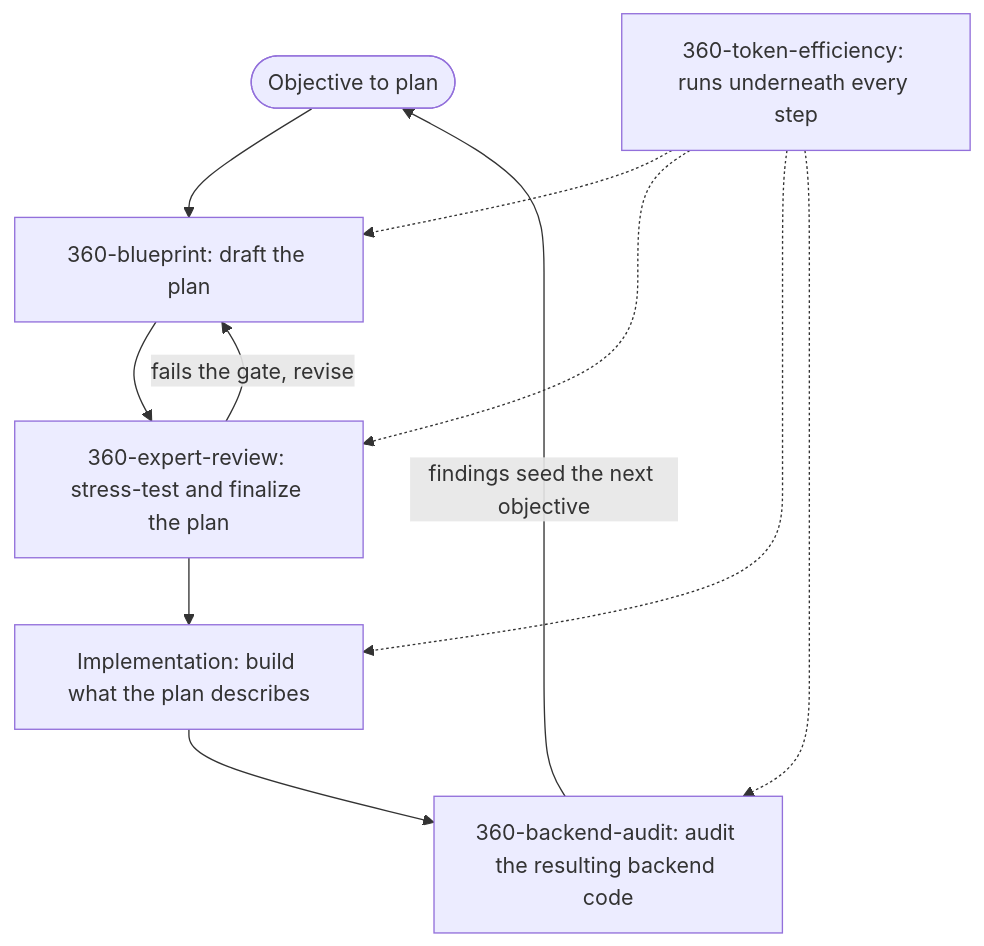
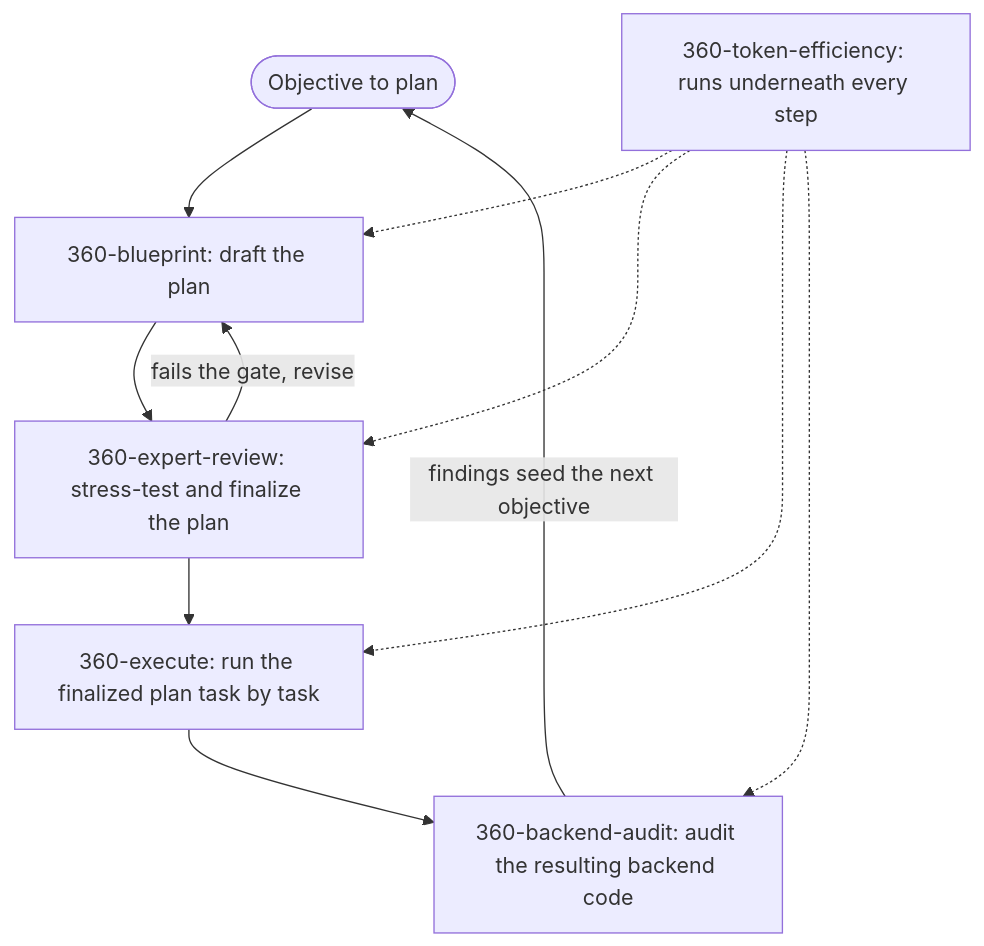
The diagram in README.md (shahabahreini/360-skills), drawn with Mermaid before and after one commit. The commit also changed other lines of this file and 4 other files, not shown here.

````diff
--- a/README.md
+++ b/README.md
@@ -36,14 +47,14 @@
 ```mermaid
 flowchart TD
     Objective([Objective to plan]) --> Blueprint["360-blueprint: draft the plan"]
     Blueprint --> Review["360-expert-review: stress-test and finalize the plan"]
     Review -->|fails the gate, revise| Blueprint
-    Review --> Build["Implementation: build what the plan describes"]
-    Build --> Audit["360-backend-audit: audit the resulting backend code"]
+    Review --> Execute["360-execute: run the finalized plan task by task"]
+    Execute --> Audit["360-backend-audit: audit the resulting backend code"]
     Audit -->|findings seed the next objective| Objective
 
     Efficiency["360-token-efficiency: runs underneath every step"] -.-> Blueprint
     Efficiency -.-> Review
-    Efficiency -.-> Build
+    Efficiency -.-> Execute
     Efficiency -.-> Audit
 ```
````
